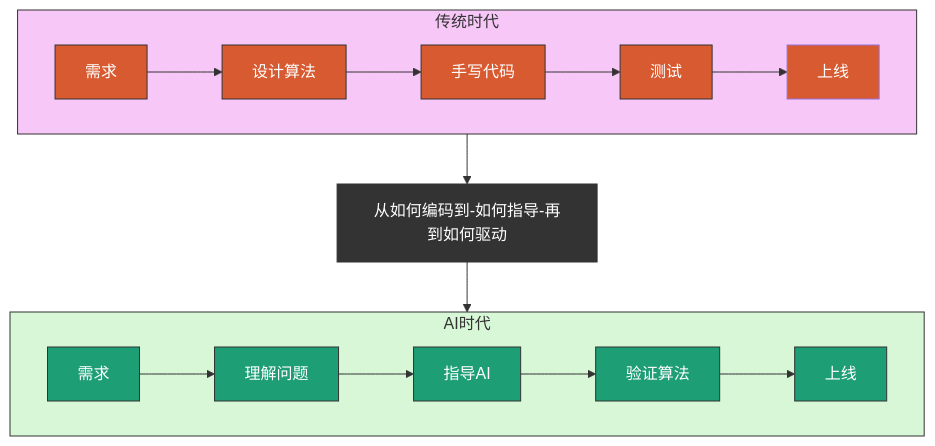
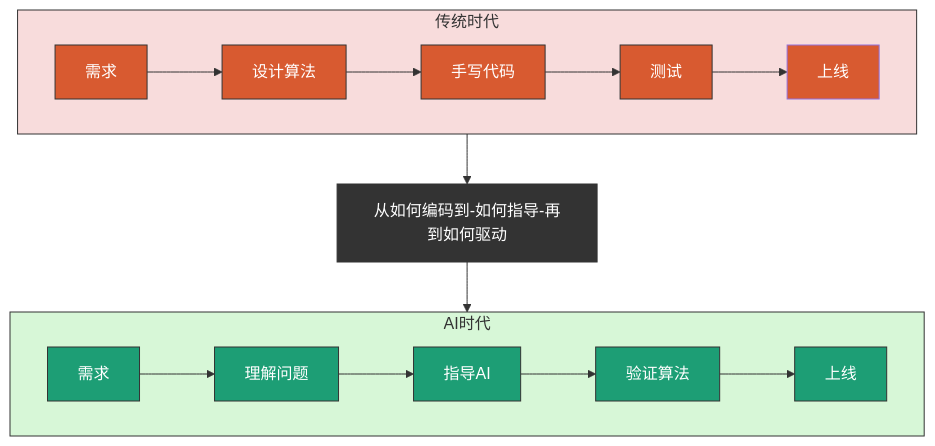
One commit to microwind/algorithms changed the third of 10 diagrams in start-here/AI-Era-Programmers-Need-Algorithmic-Thinking.md. Above: the diagram before and after it, drawn with Mermaid. The commit also changed other lines of this file, not shown here.

````diff
--- a/start-here/AI-Era-Programmers-Need-Algorithmic-Thinking.md
+++ b/start-here/AI-Era-Programmers-Need-Algorithmic-Thinking.md
@@ -65,34 +65,34 @@
 ```mermaid
 graph TB
 subgraph trad["传统时代"]
 A1[需求] --> A2[设计算法]
 A2 --> A3[手写代码]
 A3 --> A4[测试]
 A4 --> A5[上线]
 end
 
 D[从如何编码到-如何指导-再到如何驱动]
 
 subgraph ai["AI时代"]
 B1[需求] --> B2[理解问题]
 B2 --> B3[指导AI]
 B3 --> B4[验证算法]
 B4 --> B5[上线]
 end
 
 trad --> D --> ai
 
-style trad fill:#f7c7f7,stroke:#333,color:#333
+style trad fill:#F8DCDC,stroke:#333,color:#333
 style ai fill:#d7f7d7,stroke:#333,color:#333
 style A1 fill:#D85A30,stroke:#333,color:#ffffff
 style A2 fill:#D85A30,stroke:#333,color:#ffffff
 style A3 fill:#D85A30,stroke:#333,color:#ffffff
 style A4 fill:#D85A30,stroke:#333,color:#ffffff
 style A5 fill:#D85A30,stroke:#33,color:#ffffff
 style B1 fill:#1D9E75,stroke:#333,color:#ffffff
 style B2 fill:#1D9E75,stroke:#333,color:#ffffff
 style B3 fill:#1D9E75,stroke:#333,color:#ffffff
 style B4 fill:#1D9E75,stroke:#333,color:#ffffff
 style B5 fill:#1D9E75,stroke:#333,color:#ffffff
 style D fill:#333,stroke:#333,color:#ffffff
 ```
````
